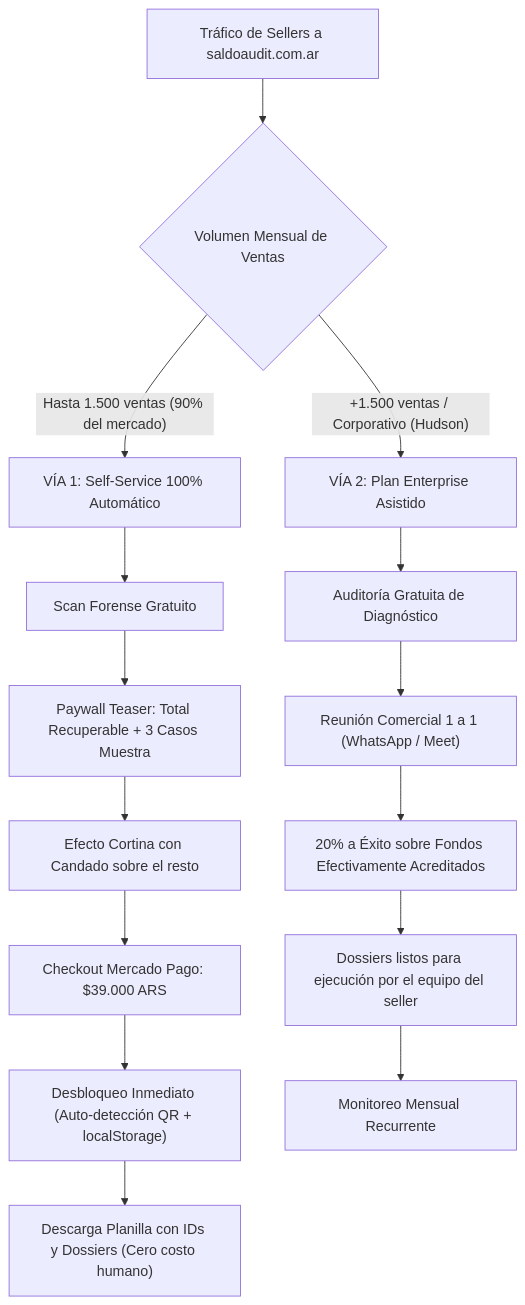
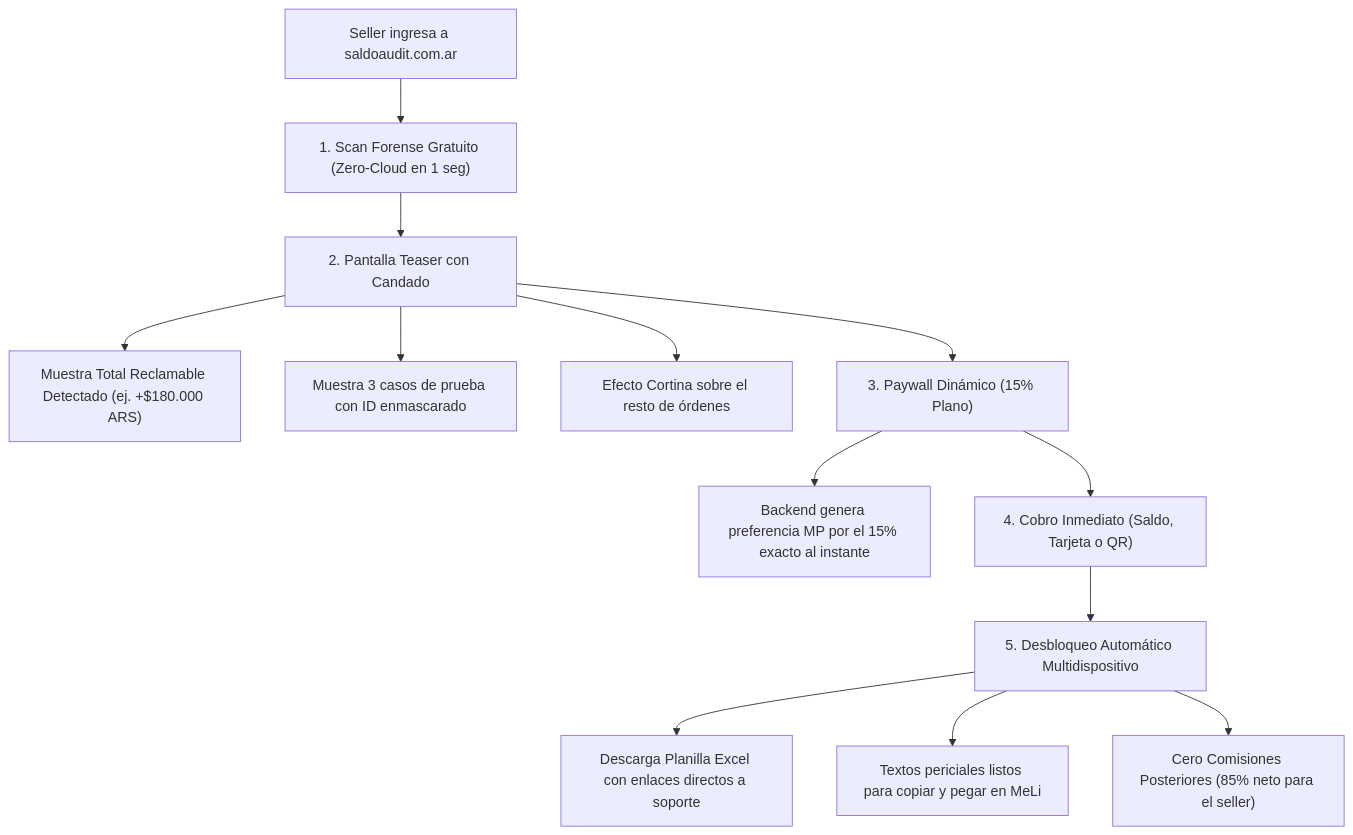
One commit to juanoviedo1987-droid/saldoaudit changed the diagram in docs/BUSINESS_PLAN.md. Above: the diagram before and after it, drawn with Mermaid. The commit also changed other lines of this file and 7 other files, not shown here.

Commit message:
feat: implementar modelo de negocio 15% dinamico, actualizar paywall teaser y alinear documentacion

````diff
--- a/docs/BUSINESS_PLAN.md
+++ b/docs/BUSINESS_PLAN.md
@@ -34,19 +34,15 @@
 ```mermaid
 flowchart TD
-    A["Tráfico de Sellers a saldoaudit.com.ar"] --> B{"Volumen Mensual de Ventas"}
-    
-    B -- "Hasta 1.500 ventas (90% del mercado)" --> C["VÍA 1: Self-Service 100% Automático"]
-    C --> C1["Scan Forense Gratuito"]
-    C1 --> C2["Paywall Teaser: Total Recuperable + 3 Casos Muestra"]
-    C2 --> C3["Efecto Cortina con Candado sobre el resto"]
-    C3 --> C4["Checkout Mercado Pago: $39.000 ARS"]
-    C4 --> C5["Desbloqueo Inmediato (Auto-detección QR + localStorage)"]
-    C5 --> C6["Descarga Planilla con IDs y Dossiers (Cero costo humano)"]
-
-    B -- "+1.500 ventas / Corporativo (Hudson)" --> D["VÍA 2: Plan Enterprise Asistido"]
-    D --> D1["Auditoría Gratuita de Diagnóstico"]
-    D1 --> D2["Reunión Comercial 1 a 1 (WhatsApp / Meet)"]
-    D2 --> D3["20% a Éxito sobre Fondos Efectivamente Acreditados"]
-    D3 --> D4["Dossiers listos para ejecución por el equipo del seller"]
-    D4 --> D5["Monitoreo Mensual Recurrente"]
+    A["Seller ingresa a saldoaudit.com.ar"] --> B["1. Scan Forense Gratuito (Zero-Cloud en 1 seg)"]
+    B --> C["2. Pantalla Teaser con Candado"]
+    C --> C1["Muestra Total Reclamable Detectado (ej. +$180.000 ARS)"]
+    C --> C2["Muestra 3 casos de prueba con ID enmascarado"]
+    C --> C3["Efecto Cortina sobre el resto de órdenes"]
+    C --> D["3. Paywall Dinámico (15% Plano)"]
+    D --> D1["Backend genera preferencia MP por el 15% exacto al instante"]
+    D --> E["4. Cobro Inmediato (Saldo, Tarjeta o QR)"]
+    E --> F["5. Desbloqueo Automático Multidispositivo"]
+    F --> F1["Descarga Planilla Excel con enlaces directos a soporte"]
+    F --> F2["Textos periciales listos para copiar y pegar en MeLi"]
+    F --> G["Cero Comisiones Posteriores (85% neto para el seller)"]
 ```
````
